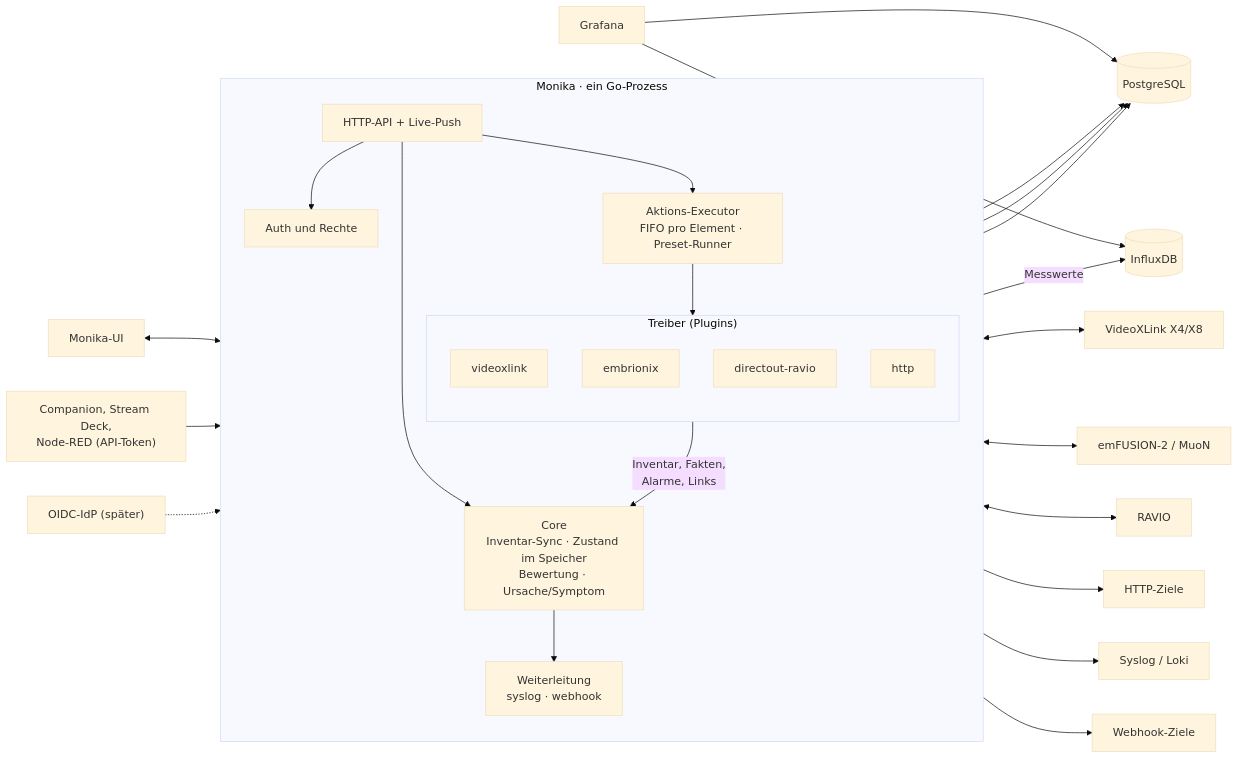
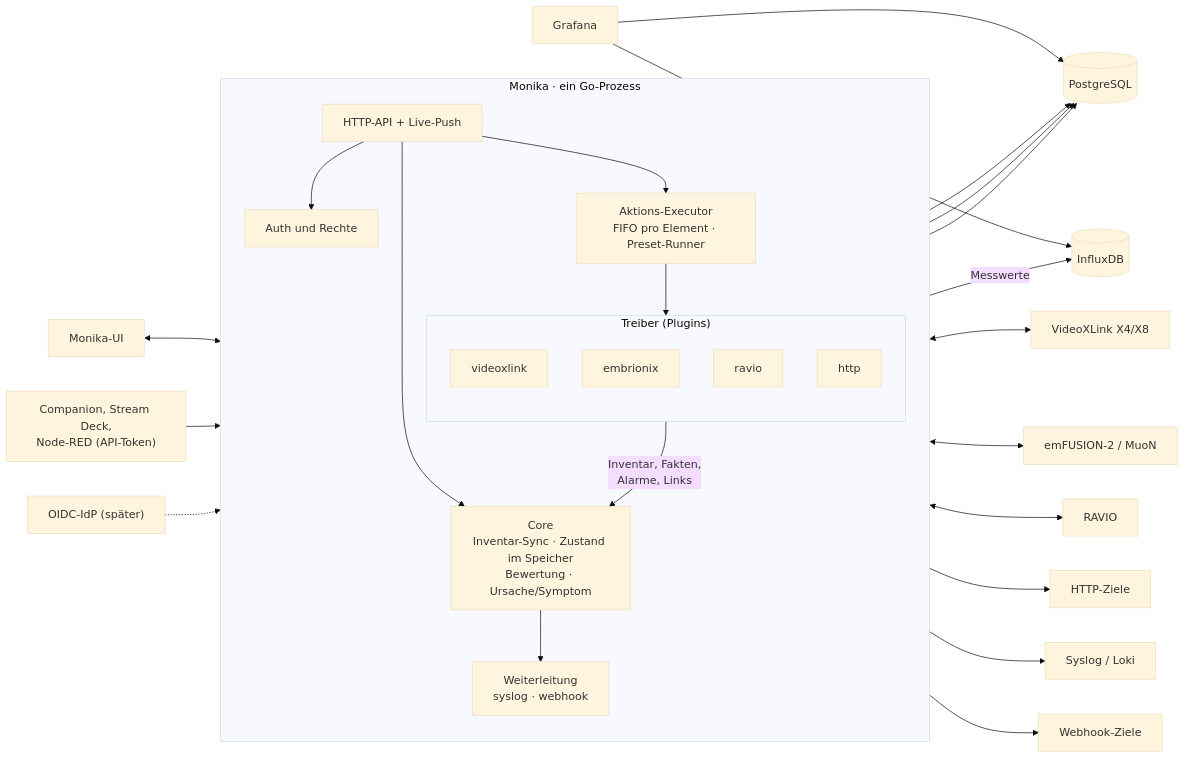
Before and after one commit to lukirs95/monika: the first of 3 diagrams in docs/ARCHITECTURE.md, drawn with Mermaid (base theme). The commit also changed other lines of this file and 1 other file, not shown here.

First line of the commit message:
docs: apply architecture audit to ARCHITECTURE and README

````diff
--- a/docs/ARCHITECTURE.md
+++ b/docs/ARCHITECTURE.md
@@ -96,43 +96,43 @@
 ```mermaid
 flowchart LR
   subgraph Monika["Monika · ein Go-Prozess"]
     direction TB
     API["HTTP-API + Live-Push"]
     AUTH["Auth und Rechte"]
     CORE["Core<br/>Inventar-Sync · Zustand im Speicher<br/>Bewertung · Ursache/Symptom"]
     EXEC["Aktions-Executor<br/>FIFO pro Element · Preset-Runner"]
     FWD["Weiterleitung<br/>syslog · webhook"]
     subgraph DRV["Treiber (Plugins)"]
       direction TB
       VXL["videoxlink"]
       EMB["embrionix"]
-      RAV["directout-ravio"]
+      RAV["ravio"]
       HTTP["http"]
     end
   end
 
   UI["Monika-UI"] <--> API
   EXT["Companion, Stream Deck,<br/>Node-RED (API-Token)"] --> API
   API --> AUTH
   API --> CORE
   API --> EXEC
   EXEC --> DRV
   DRV -- "Inventar, Fakten,<br/>Alarme, Links" --> CORE
   CORE --> FWD
 
   CORE --> PG[("PostgreSQL")]
   EXEC --> PG
   AUTH --> PG
   CORE -- "Messwerte" --> INF[("InfluxDB")]
 
   VXL <--> X8["VideoXLink X4/X8"]
   EMB <--> E2["emFUSION-2 / MuoN"]
   RAV <--> RV["RAVIO"]
   HTTP --> WEB["HTTP-Ziele"]
 
   FWD --> SYS["Syslog / Loki"]
   FWD --> WH["Webhook-Ziele"]
   GRAF["Grafana"] --> INF
   GRAF --> PG
   IDP["OIDC-IdP (später)"] -.-> AUTH
 ```
````
